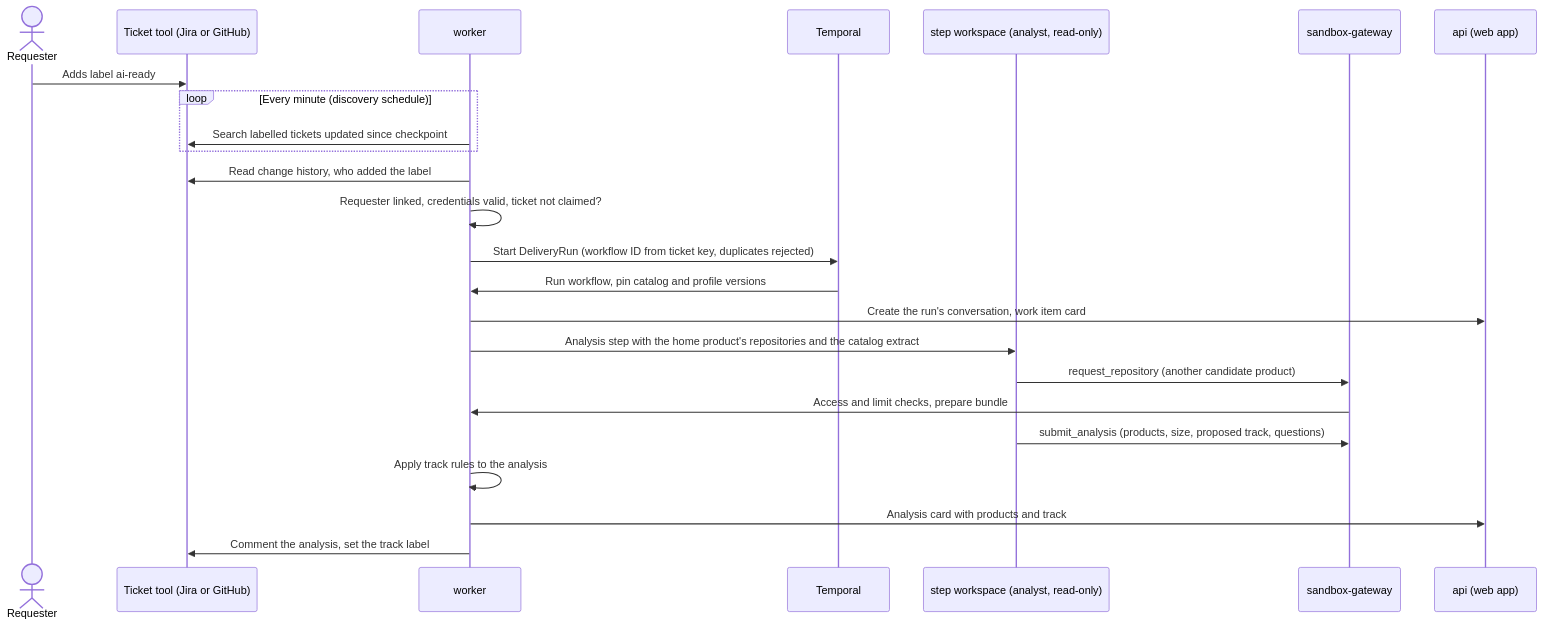
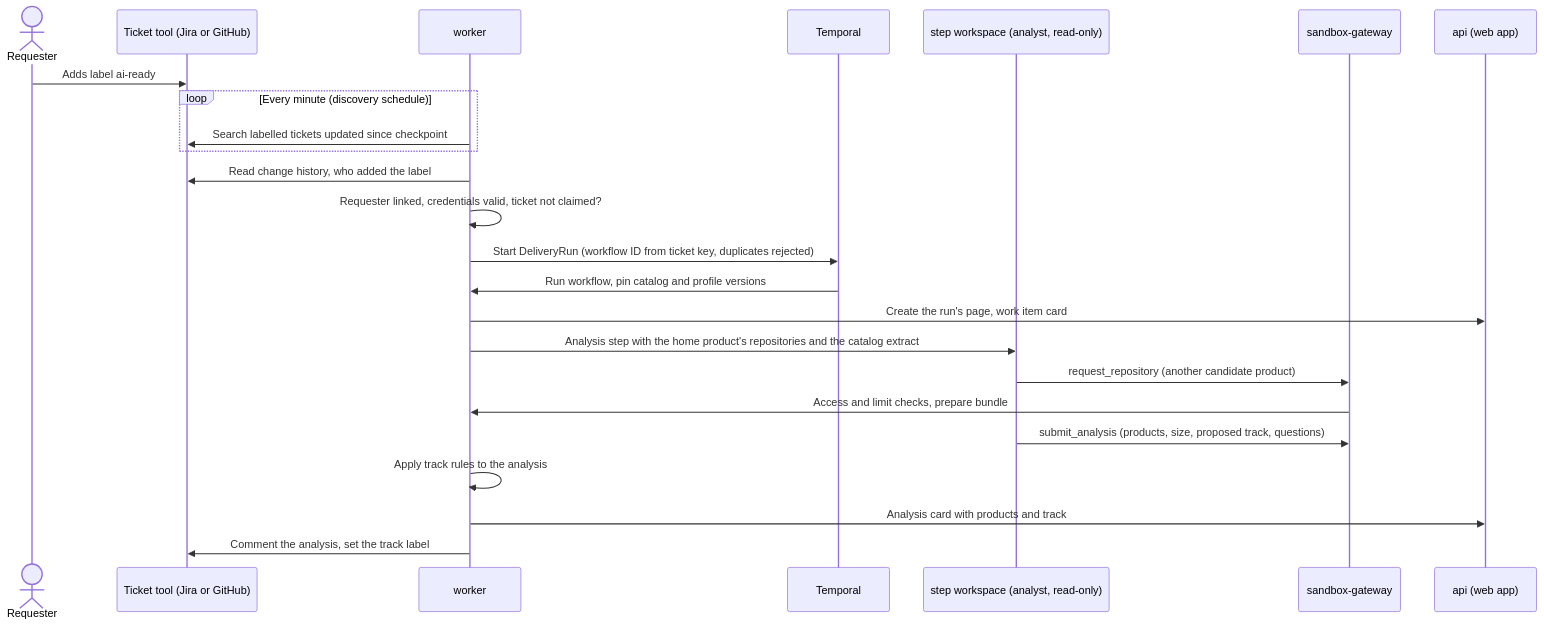
One commit to luigi-lt/orchestrator changed the third of 9 diagrams in docs/architecture.md. Above: the diagram before and after it, drawn with Mermaid. The commit also changed other lines of this file and 1 other file, not shown here.

````diff
--- a/docs/architecture.md
+++ b/docs/architecture.md
@@ -485,26 +492,26 @@
 ```mermaid
 sequenceDiagram
   actor Dev as Requester
   participant Jira as Ticket tool (Jira or GitHub)
   participant W as worker
   participant T as Temporal
   participant WS as step workspace (analyst, read-only)
   participant G as sandbox-gateway
   participant API as api (web app)
   Dev->>Jira: Adds label ai-ready
   loop Every minute (discovery schedule)
     W->>Jira: Search labelled tickets updated since checkpoint
   end
   W->>Jira: Read change history, who added the label
   W->>W: Requester linked, credentials valid, ticket not claimed?
   W->>T: Start DeliveryRun (workflow ID from ticket key, duplicates rejected)
   T->>W: Run workflow, pin catalog and profile versions
-  W->>API: Create the run's conversation, work item card
+  W->>API: Create the run's page, work item card
   W->>WS: Analysis step with the home product's repositories and the catalog extract
   WS->>G: request_repository (another candidate product)
   G->>W: Access and limit checks, prepare bundle
   WS->>G: submit_analysis (products, size, proposed track, questions)
   W->>W: Apply track rules to the analysis
   W->>API: Analysis card with products and track
   W->>Jira: Comment the analysis, set the track label
 ```
````
